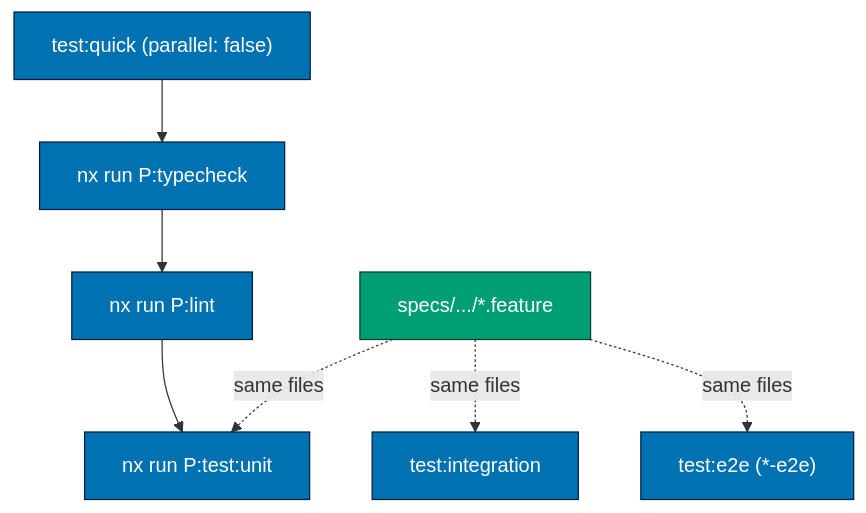
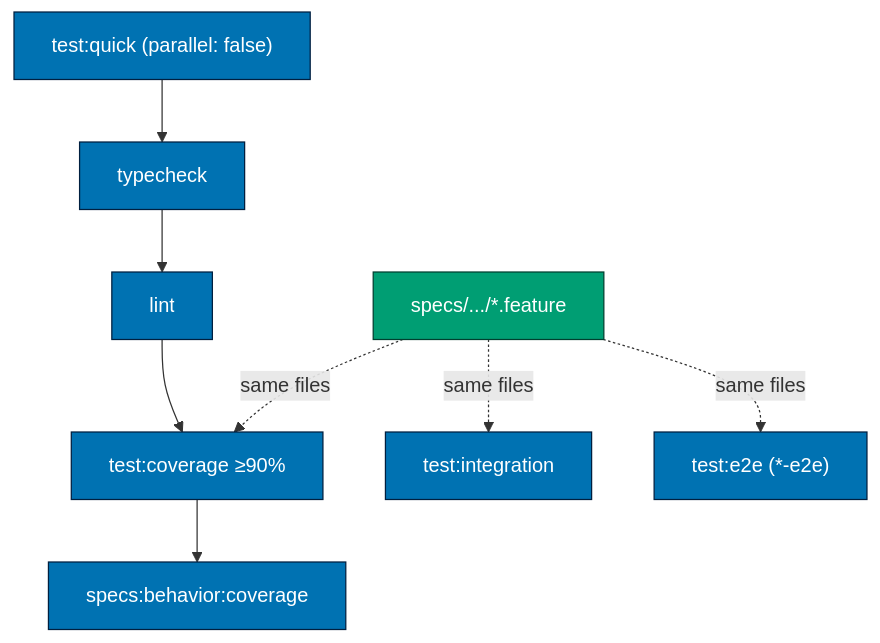
Before and after one commit to wahidyankf/baseerah: the first of 8 diagrams in plans/in-progress/standardize-rhino-cli-sdlc-parity/tech-docs.md, drawn with Mermaid. The commit also changed other lines of this file and 4 other files, not shown here.

````diff
--- a/plans/in-progress/standardize-rhino-cli-sdlc-parity/tech-docs.md
+++ b/plans/in-progress/standardize-rhino-cli-sdlc-parity/tech-docs.md
@@ -456,14 +478,15 @@
 ```mermaid
 flowchart TD
-    Q["test:quick (parallel: false)"] --> Q1[nx run P:typecheck]
-    Q1 --> Q2[nx run P:lint]
-    Q2 --> Q3["nx run P:test:unit"]
+    Q["test:quick (parallel: false)"] --> Q1[typecheck]
+    Q1 --> Q2[lint]
+    Q2 --> Q3["test:coverage ≥90%"]
+    Q3 --> Q4["specs:behavior:coverage"]
     F["specs/.../*.feature"] -.same files.-> Q3
     F -.same files.-> INT["test:integration"]
     F -.same files.-> E2E["test:e2e (*-e2e)"]
 
     classDef comp fill:#0072B2,color:#ffffff,stroke:#001f3f
     classDef spec fill:#009E73,color:#ffffff,stroke:#003f2f
-    class Q,Q1,Q2,Q3,INT,E2E comp
+    class Q,Q1,Q2,Q3,Q4,INT,E2E comp
     class F spec
 ```
````
